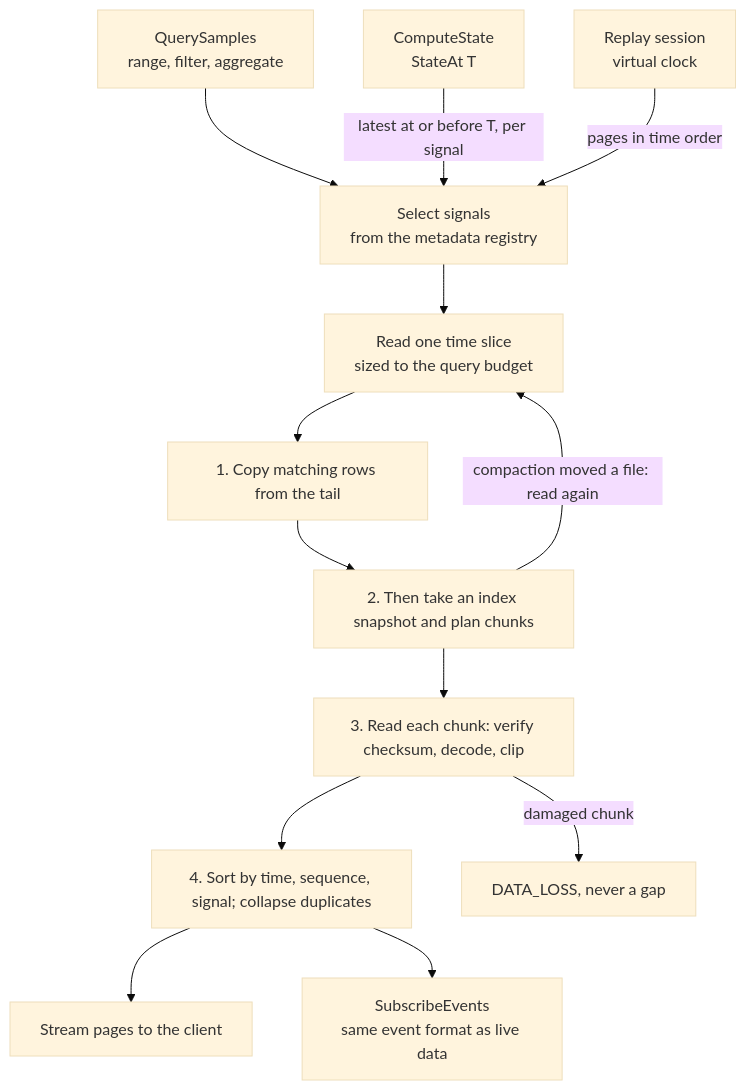
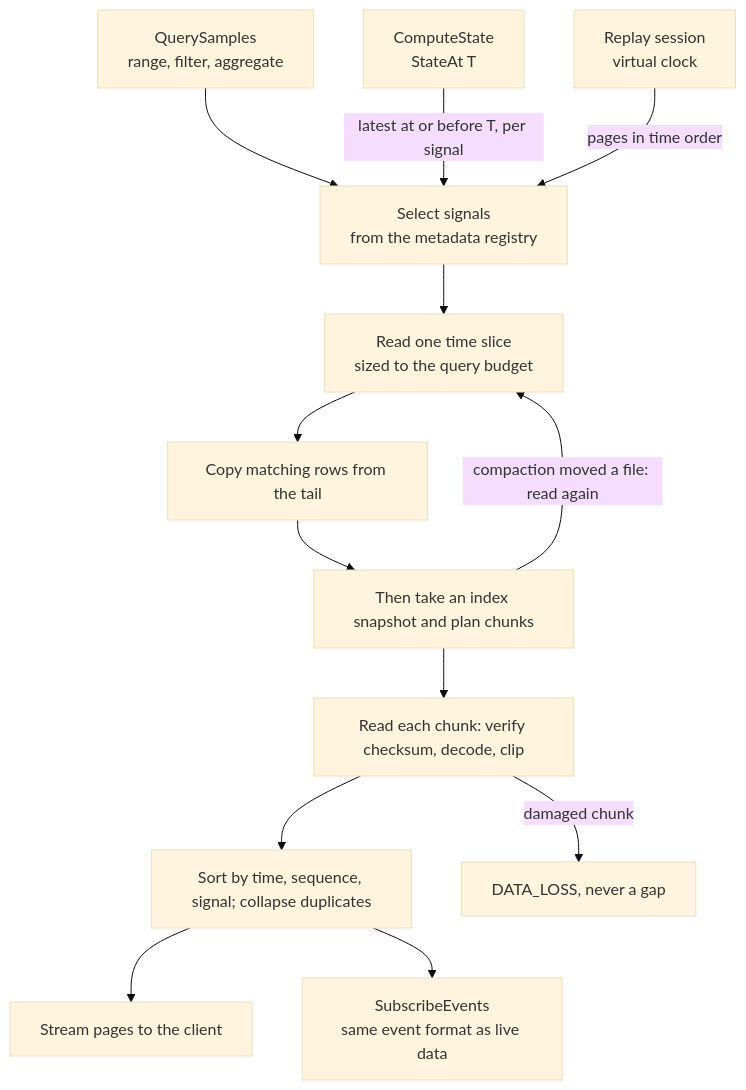
One commit to oh-tarnished/norn changed the third of 6 diagrams in README.md. Above: the diagram before and after it, drawn with Mermaid (base theme). The commit also changed other lines of this file and 41 other files, not shown here.

````diff
--- a/README.md
+++ b/README.md
@@ -256,25 +267,25 @@
 ```mermaid
 flowchart TD
     q["QuerySamples<br/>range, filter, aggregate"]
     s["ComputeState<br/>StateAt T"]
     r["Replay session<br/>virtual clock"]
     sel["Select signals<br/>from the metadata registry"]
     slice["Read one time slice<br/>sized to the query budget"]
-    t1["1. Copy matching rows from the tail"]
-    t2["2. Then take an index snapshot and plan chunks"]
-    t3["3. Read each chunk: verify checksum, decode, clip"]
-    t4["4. Sort by time, sequence, signal; collapse duplicates"]
+    t1["Copy matching rows from the tail"]
+    t2["Then take an index snapshot and plan chunks"]
+    t3["Read each chunk: verify checksum, decode, clip"]
+    t4["Sort by time, sequence, signal; collapse duplicates"]
     out["Stream pages to the client"]
     ev["SubscribeEvents<br/>same event format as live data"]
     err["DATA_LOSS, never a gap"]
 
     q --> sel
     s -- "latest at or before T, per signal" --> sel
     r -- "pages in time order" --> sel
     sel --> slice
     slice --> t1 --> t2 --> t3 --> t4
     t4 --> out
     t4 --> ev
     t3 -- "damaged chunk" --> err
     t2 -- "compaction moved a file: read again" --> slice
 ```
````
